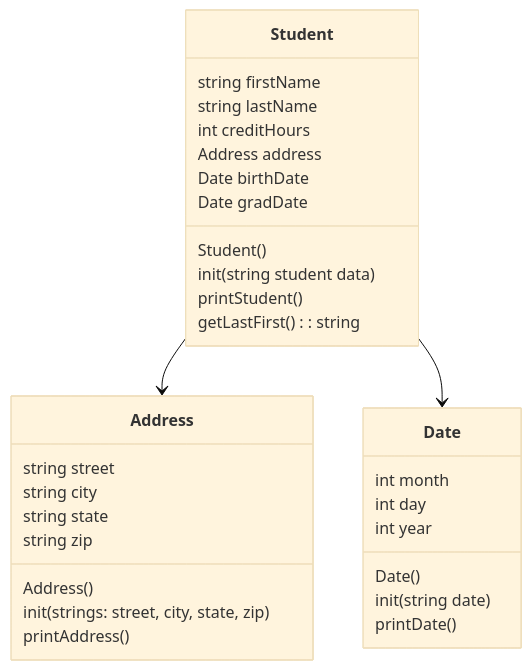
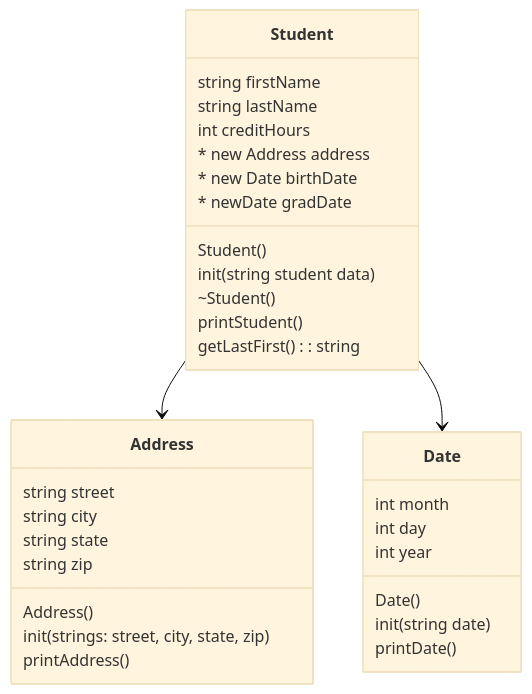
The diagram in README.md (alexanderbell-ctrl/project7), drawn with Mermaid (base theme) before and after one commit.

Commit message:
Updated UML for "student" class

````diff
--- a/README.md
+++ b/README.md
@@ -5,36 +5,37 @@
 ```mermaid
 classDiagram
 
 class Date {
     int month
     int day
     int year
     Date()
     init(string date)
     printDate()
 }
 class Student {
     string firstName
     string lastName
     int creditHours
-    Address address
-    Date birthDate
-    Date gradDate
+    * new Address address
+    * new Date birthDate
+    * newDate gradDate
     Student()
     init(string student data)
+    ~Student()
     printStudent()
     getLastFirst() : string
 }
 class Address {
     string street
     string city
     string state
     string zip
     Address()
     init(strings: street, city, state, zip)
     printAddress()
 }
 
 Student --> Address
 Student --> Date
 ```
````
